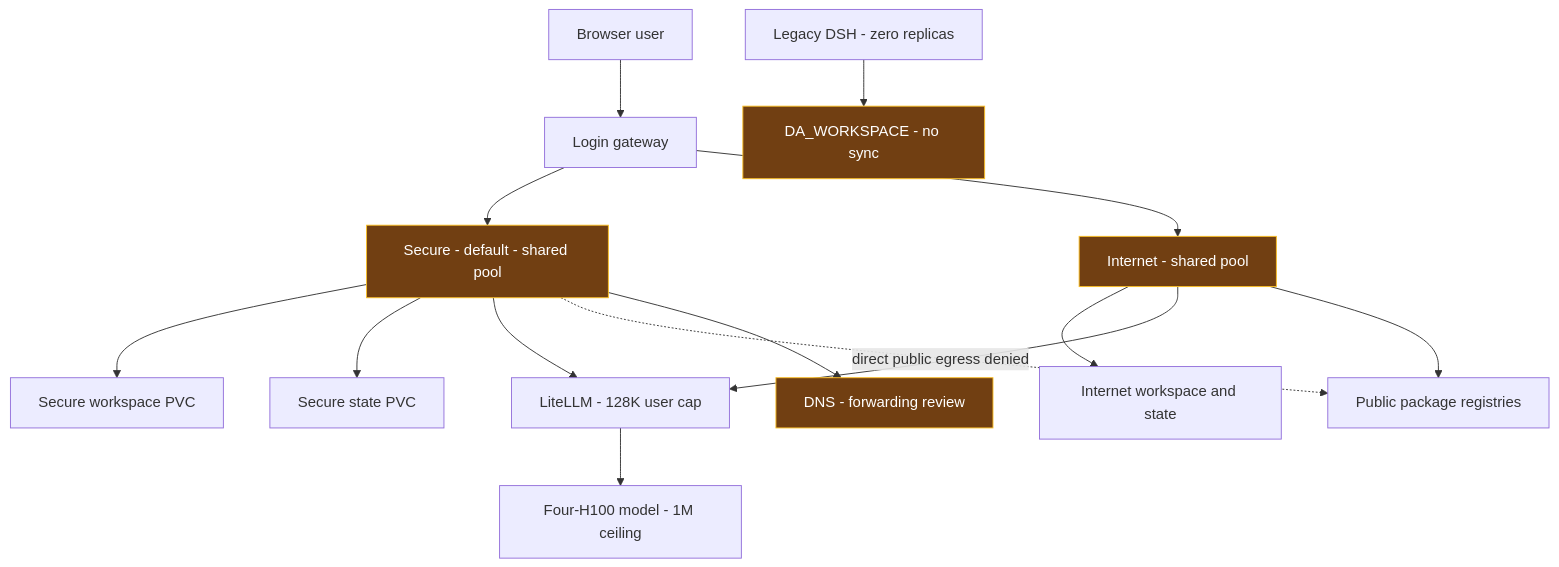
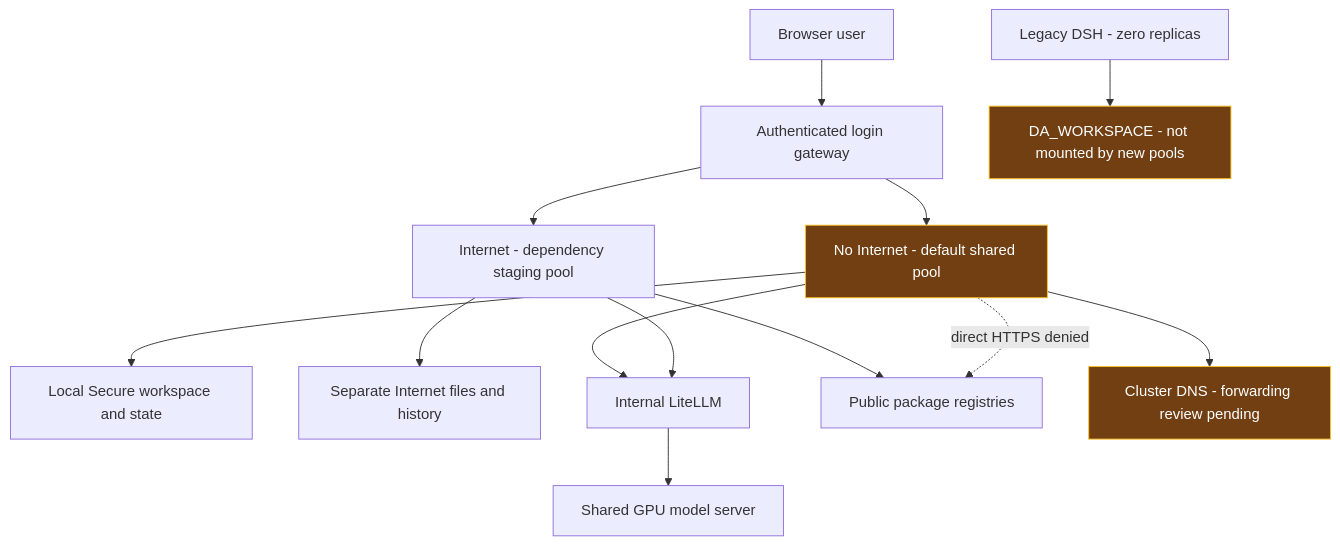
Before and after one commit to skunpoj/dsh_setup: the first of 3 diagrams in docs/DSH_RDT_PILOT_SECURITY_CONTROL_ASSESSMENT.md, drawn with Mermaid. The commit also changed other lines of this file and 6 other files, not shown here.

````diff
--- a/docs/DSH_RDT_PILOT_SECURITY_CONTROL_ASSESSMENT.md
+++ b/docs/DSH_RDT_PILOT_SECURITY_CONTROL_ASSESSMENT.md
@@ -34,18 +27,17 @@
 ```mermaid
 flowchart TB
- U[Browser user] --> G[Login gateway]
- G --> S[Secure - default - shared pool]
- G --> I[Internet - shared pool]
- S --> SW[Secure workspace PVC]
- S --> SS[Secure state PVC]
- I --> IV[Internet workspace and state]
- S --> L[LiteLLM - 128K user cap]
+ U[Browser user] --> G[Authenticated login gateway]
+ G --> S[No Internet - default shared pool]
+ G --> I[Internet - dependency staging pool]
+ S --> SW[Local Secure workspace and state]
+ I --> IW[Separate Internet files and history]
+ S --> L[Internal LiteLLM]
  I --> L
- L --> M[Four-H100 model - 1M ceiling]
- I --> WWW[Public package registries]
- S -. direct public egress denied .-> WWW
- S --> DNS[DNS - forwarding review]
- OLD[Legacy DSH - zero replicas] --> DA[DA_WORKSPACE - no sync]
+ L --> M[Shared GPU model server]
+ I --> W[Public package registries]
+ S -. direct HTTPS denied .-> W
+ S --> D[Cluster DNS - forwarding review pending]
+ OLD[Legacy DSH - zero replicas] --> DA[DA_WORKSPACE - not mounted by new pools]
  classDef gap fill:#713f12,stroke:#fbbf24,color:#fff;
- class S,I,DNS,DA gap;
+ class S,D,DA gap;
 ```
````
